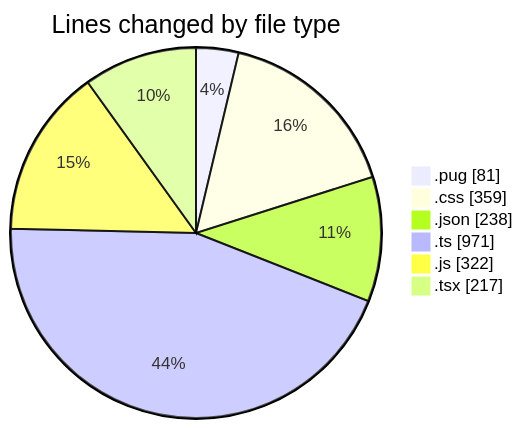
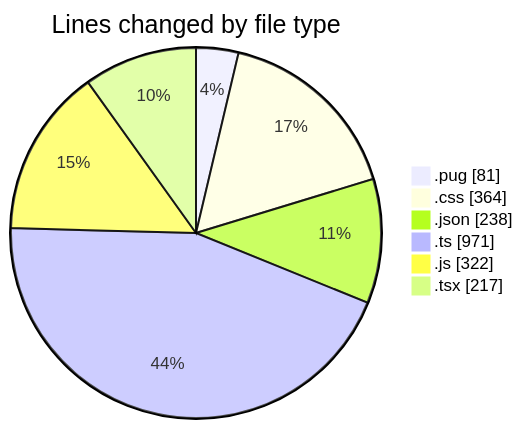
The first of 2 diagrams in 2025-11-05/cda/README.md (momahboobian/code-tracking), drawn with Mermaid before and after one commit. The commit also changed other lines of this file and 1 other file, not shown here.

````diff
--- a/2025-11-05/cda/README.md
+++ b/2025-11-05/cda/README.md
@@ -26,10 +26,10 @@
 ```mermaid
 pie showData
 title Lines changed by file type
 ".pug" : 81
-".css" : 359
+".css" : 364
 ".json" : 238
 ".ts" : 971
 ".js" : 322
 ".tsx" : 217
 ```
````
